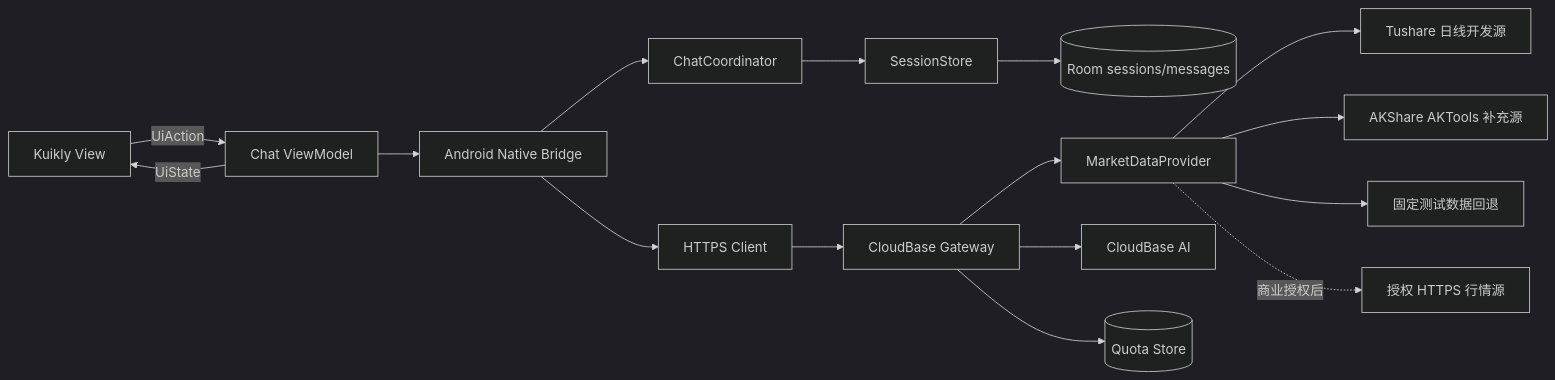
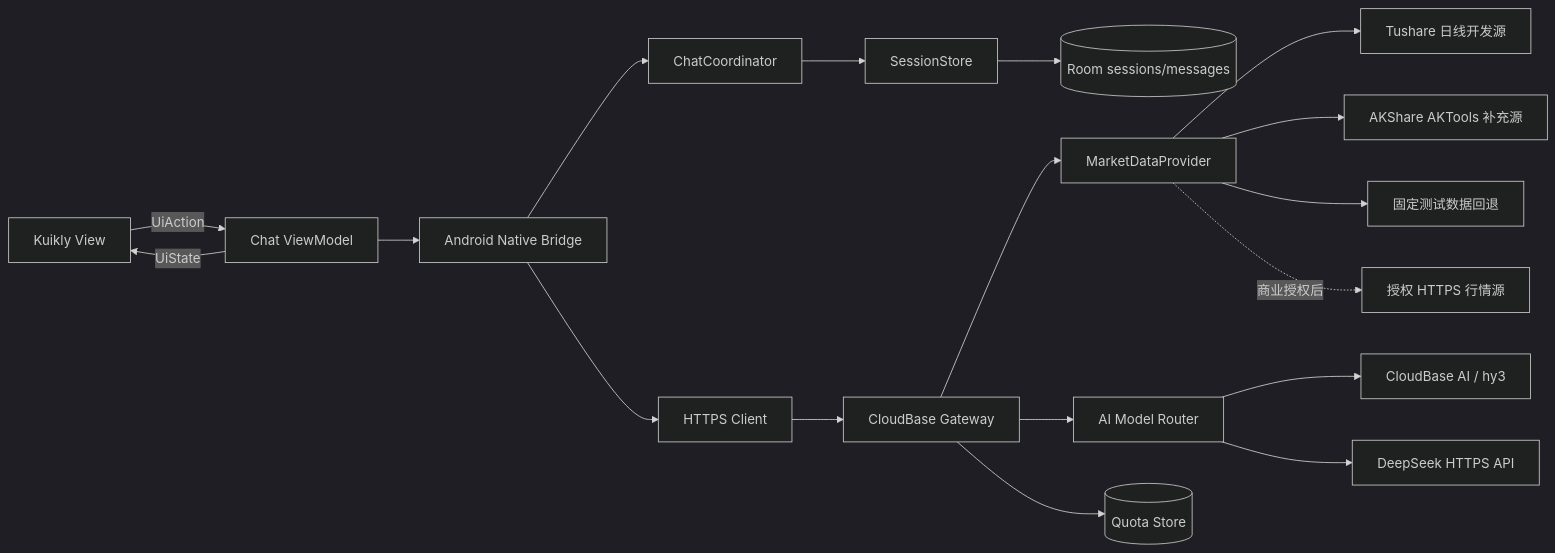
The diagram in docs/v1/architecture.md (RogerIn1900/TalkToAI), drawn with Mermaid (dark theme) before and after one commit. The commit also changed other lines of this file and 32 other files, not shown here.

Commit message:
feat: add DeepSeek model provider

````diff
--- a/docs/v1/architecture.md
+++ b/docs/v1/architecture.md
@@ -5,18 +5,20 @@
 ```mermaid
 flowchart LR
     UI[Kuikly View] -->|UiAction| VM[Chat ViewModel]
     VM -->|UiState| UI
     VM --> BRIDGE[Android Native Bridge]
     BRIDGE --> CHAT[ChatCoordinator]
     BRIDGE --> API[HTTPS Client]
     CHAT --> SESSION[SessionStore]
     SESSION --> ROOM[(Room sessions/messages)]
     API --> GATEWAY[CloudBase Gateway]
     GATEWAY --> PROVIDER[MarketDataProvider]
-    GATEWAY --> AI[CloudBase AI]
+    GATEWAY --> ROUTER[AI Model Router]
+    ROUTER --> HY3[CloudBase AI / hy3]
+    ROUTER --> DEEPSEEK[DeepSeek HTTPS API]
     GATEWAY --> QUOTA[(Quota Store)]
     PROVIDER --> TUSHARE[Tushare 日线开发源]
     PROVIDER --> AKTOOLS[AKShare AKTools 补充源]
     PROVIDER --> FIXTURE[固定测试数据回退]
     PROVIDER -. 商业授权后 .-> LICENSED[授权 HTTPS 行情源]
 ```
````
